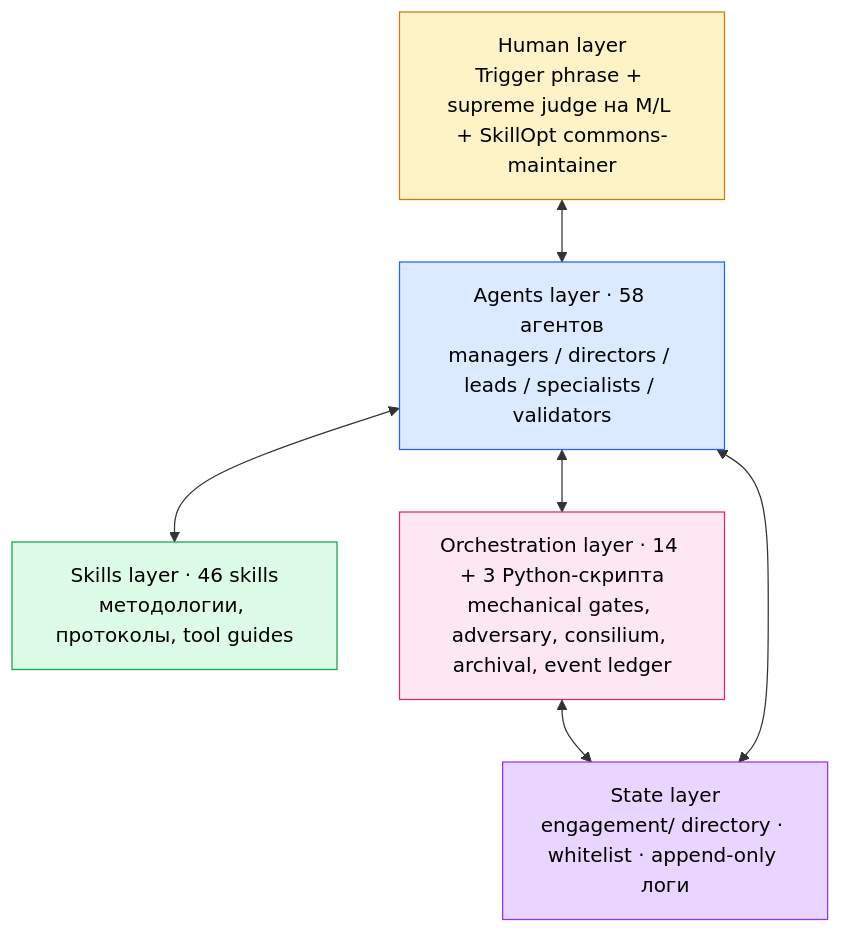
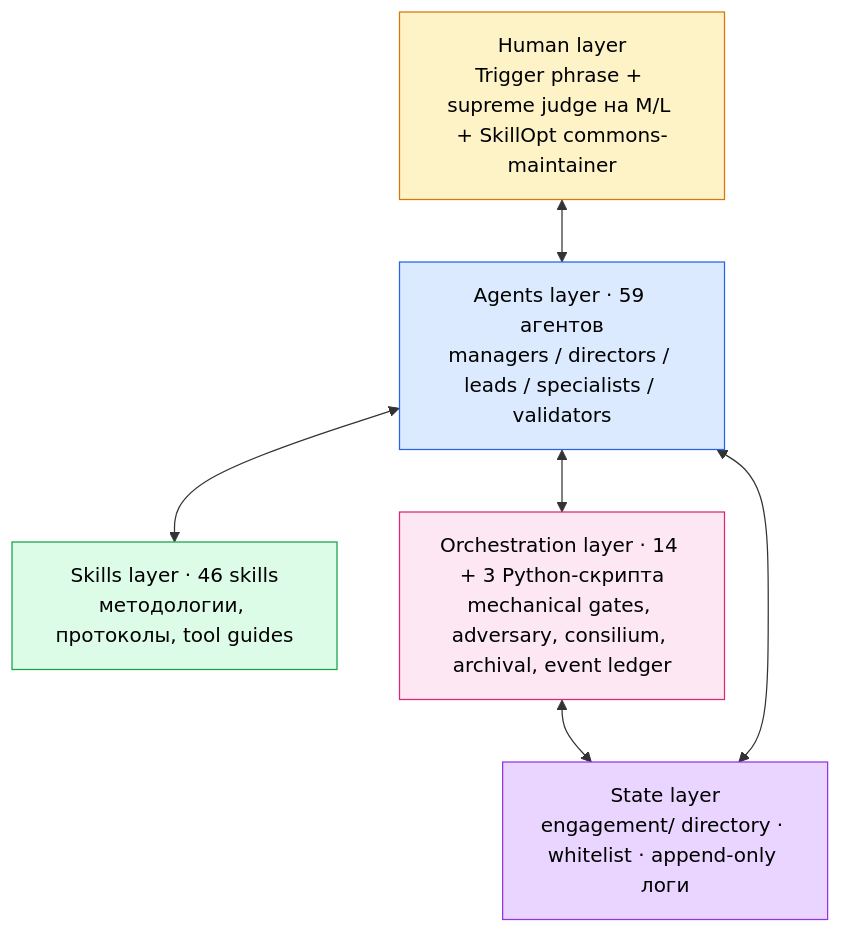
The first of 2 diagrams in README.ru.md (AgentShekel/agentic-workflow), drawn with Mermaid before and after one commit. The commit also changed other lines of this file and 31 other files, not shown here.

````diff
--- a/README.ru.md
+++ b/README.ru.md
@@ -80,26 +92,26 @@
 ```mermaid
 flowchart TB
     H["Human layer<br/>Trigger phrase + supreme judge на M/L + SkillOpt commons-maintainer"]
-    A["Agents layer · 58 агентов<br/>managers / directors / leads / specialists / validators"]
+    A["Agents layer · 59 агентов<br/>managers / directors / leads / specialists / validators"]
     S["Skills layer · 46 skills<br/>методологии, протоколы, tool guides"]
     O["Orchestration layer · 14 + 3 Python-скрипта<br/>mechanical gates, adversary, consilium, archival, event ledger"]
     St["State layer<br/>engagement/ directory · whitelist · append-only логи"]
 
     H <--> A
     A <--> S
     A <--> O
     O <--> St
     A <--> St
 
     classDef human fill:#fef3c7,stroke:#d97706,color:#000
     classDef agents fill:#dbeafe,stroke:#2563eb,color:#000
     classDef skills fill:#dcfce7,stroke:#16a34a,color:#000
     classDef orch fill:#fce7f3,stroke:#db2777,color:#000
     classDef state fill:#e9d5ff,stroke:#9333ea,color:#000
 
     class H human
     class A agents
     class S skills
     class O orch
     class St state
 ```
````
